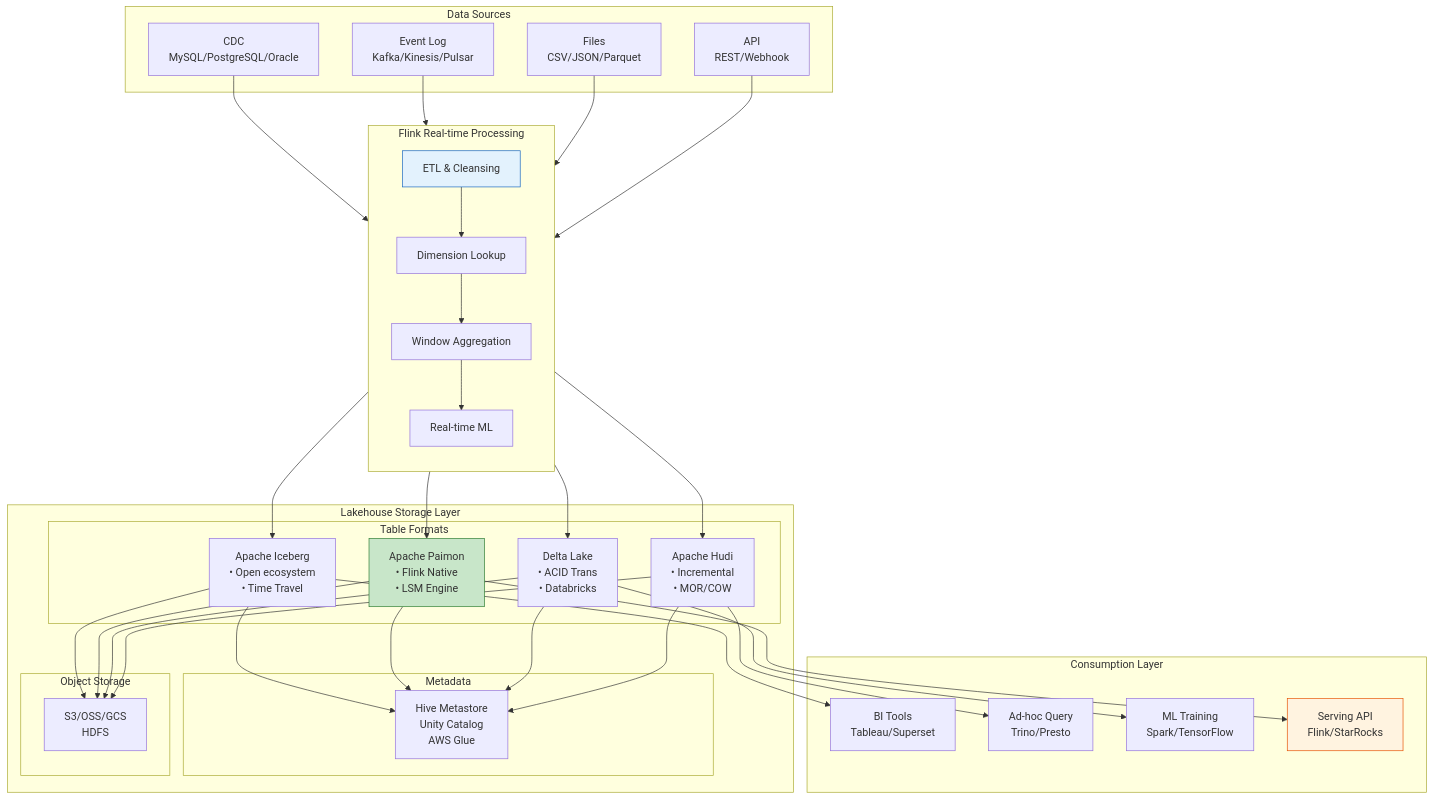
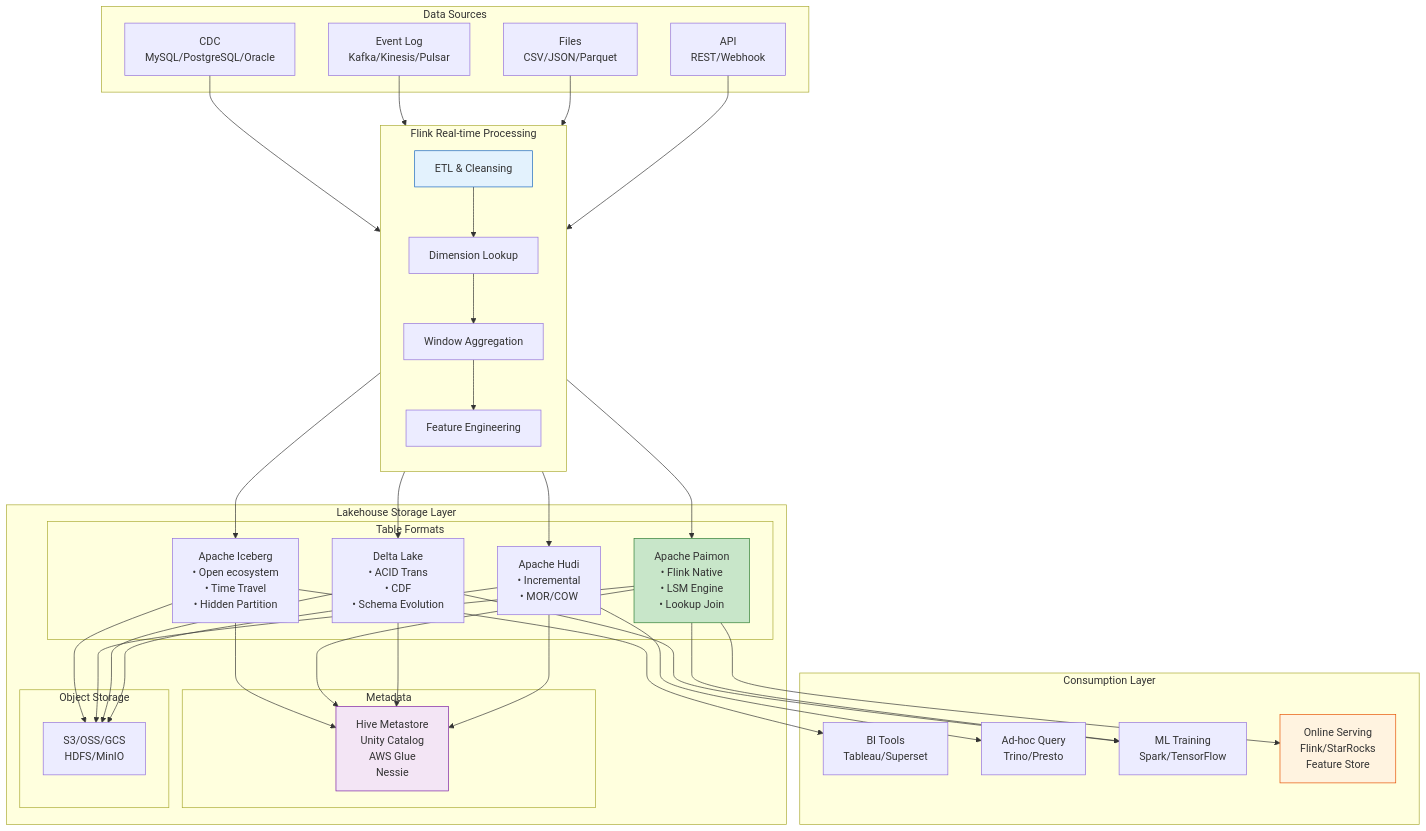
One commit to AdaMartin18010/AnalysisDataFlow changed the third of 6 diagrams in Flink/05-ecosystem/05.02-lakehouse/streaming-lakehouse-architecture.md. Above: the diagram before and after it, drawn with Mermaid. The commit also changed other lines of this file and 18 other files, not shown here.

````diff
--- a/Flink/05-ecosystem/05.02-lakehouse/streaming-lakehouse-architecture.md
+++ b/Flink/05-ecosystem/05.02-lakehouse/streaming-lakehouse-architecture.md
@@ -1539,20 +1663,23 @@
         ETL["ETL & Cleansing"]
         ENRICH["Dimension Lookup"]
         AGG["Window Aggregation"]
-        ML["Real-time ML"]
+        ML_FEAT["Feature Engineering"]
     end
 
     subgraph "Lakehouse Storage Layer"
         subgraph "Table Formats"
             ICEBERG["Apache Iceberg
 • Open ecosystem
-• Time Travel"]
+• Time Travel
+• Hidden Partition"]
             PAIMON["Apache Paimon
 • Flink Native
-• LSM Engine"]
+• LSM Engine
+• Lookup Join"]
             DELTA["Delta Lake
 • ACID Trans
-• Databricks"]
+• CDF
+• Schema Evolution"]
             HUDI["Apache Hudi
 • Incremental
 • MOR/COW"]
@@ -1561,12 +1688,13 @@
         subgraph "Metadata"
             META["Hive Metastore
 Unity Catalog
-AWS Glue"]
+AWS Glue
+Nessie"]
         end
 
         subgraph "Object Storage"
             S3["S3/OSS/GCS
-HDFS"]
+HDFS/MinIO"]
         end
     end
 
@@ -1577,8 +1705,9 @@
 Trino/Presto"]
         ML_BATCH["ML Training
 Spark/TensorFlow"]
-        SERVING["Serving API
-Flink/StarRocks"]
+        SERVING["Online Serving
+Flink/StarRocks
+Feature Store"]
     end
 
     CDC --> ETL
@@ -1586,7 +1715,7 @@
     FILE --> ETL
     API --> ETL
 
-    ETL --> ENRICH --> AGG --> ML
+    ETL --> ENRICH --> AGG --> ML_FEAT
 
     ETL --> ICEBERG
     ETL --> PAIMON
@@ -1607,8 +1736,10 @@
     PAIMON --> SERVING
     DELTA --> ML_BATCH
     HUDI --> ADHOC
+    PAIMON --> ML_BATCH
 
     style ETL fill:#e3f2fd,stroke:#1565c0
     style PAIMON fill:#c8e6c9,stroke:#2e7d32
     style SERVING fill:#fff3e0,stroke:#e65100
+    style META fill:#f3e5f5,stroke:#7b1fa2
 ```
````
